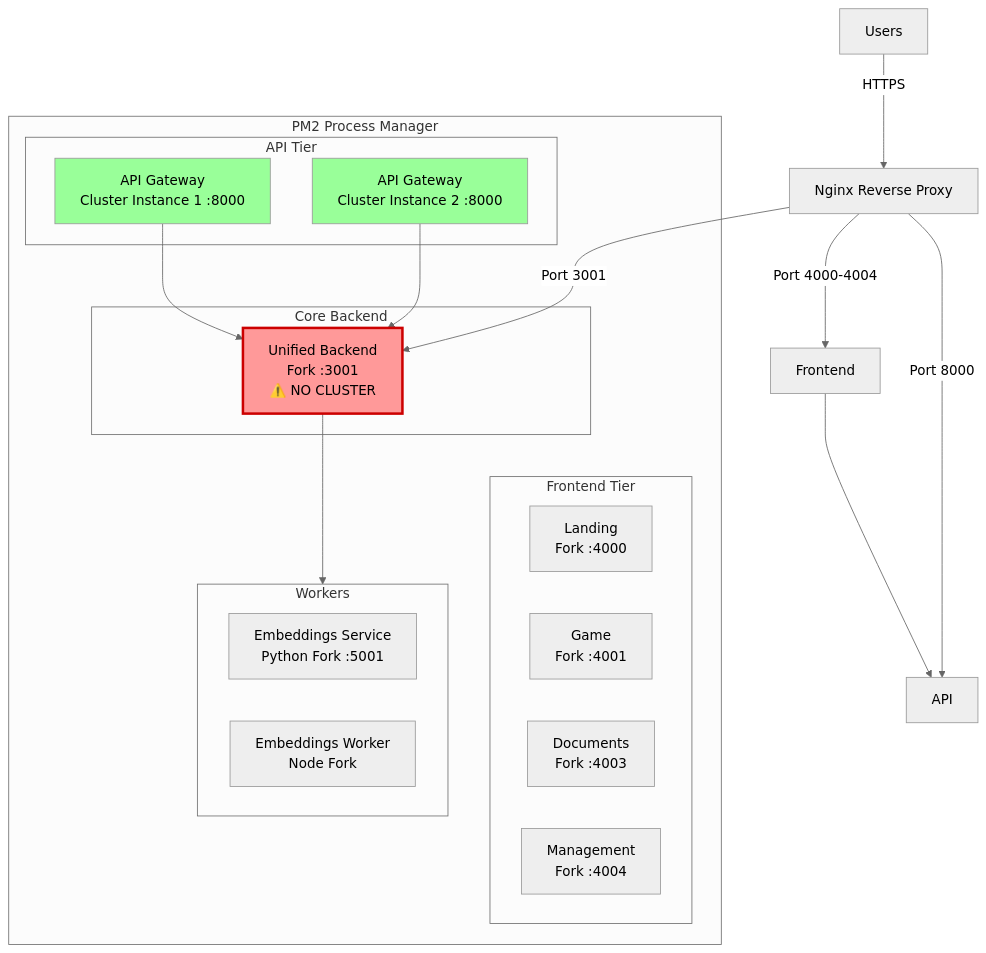
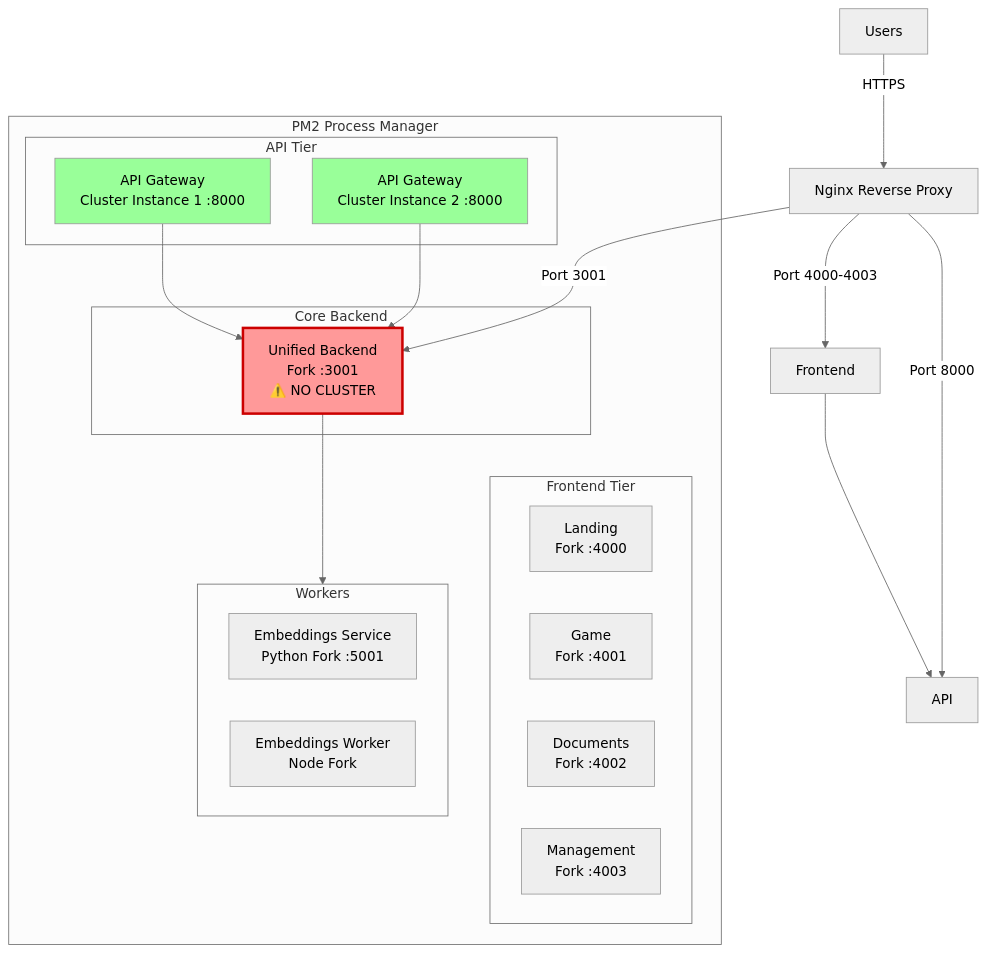
The second of 2 diagrams in deploy/docs/05-pm2-configuration.md (pagliagen/tenpennynovels), drawn with Mermaid (neutral theme) before and after one commit. The commit also changed other lines of this file and 95 other files, not shown here.

````diff
--- a/deploy/docs/05-pm2-configuration.md
+++ b/deploy/docs/05-pm2-configuration.md
@@ -921,39 +921,39 @@
 ```mermaid
 flowchart TB
     subgraph "PM2 Process Manager"
         subgraph "Frontend Tier"
             L[Landing<br/>Fork :4000]
             G[Game<br/>Fork :4001]
-            D[Documents<br/>Fork :4003]
-            M[Management<br/>Fork :4004]
+            D[Documents<br/>Fork :4002]
+            M[Management<br/>Fork :4003]
         end
 
         subgraph "API Tier"
             GW1[API Gateway<br/>Cluster Instance 1 :8000]
             GW2[API Gateway<br/>Cluster Instance 2 :8000]
         end
 
         subgraph "Core Backend"
             UB[Unified Backend<br/>Fork :3001<br/>⚠️ NO CLUSTER]
         end
 
         subgraph "Workers"
             EW1[Embeddings Service<br/>Python Fork :5001]
             EW2[Embeddings Worker<br/>Node Fork]
         end
     end
 
     Users[Users] -->|HTTPS| Nginx[Nginx Reverse Proxy]
-    Nginx -->|Port 4000-4004| Frontend
+    Nginx -->|Port 4000-4003| Frontend
     Nginx -->|Port 8000| API
     Nginx -->|Port 3001| UB
 
     GW1 --> UB
     GW2 --> UB
     Frontend --> API
     UB --> Workers
 
     style UB fill:#ff9999,stroke:#cc0000,stroke-width:3px
     style GW1 fill:#99ff99
     style GW2 fill:#99ff99
 ```
````
